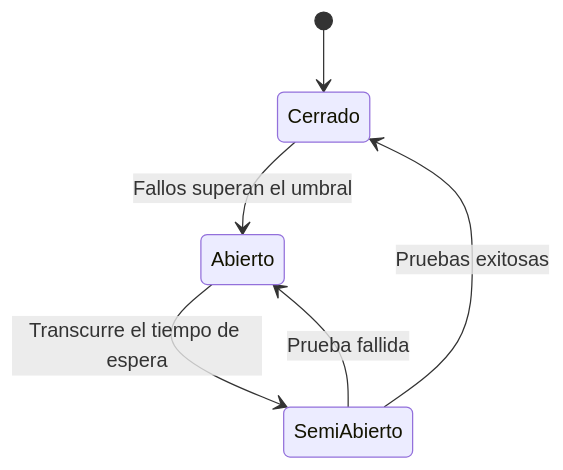
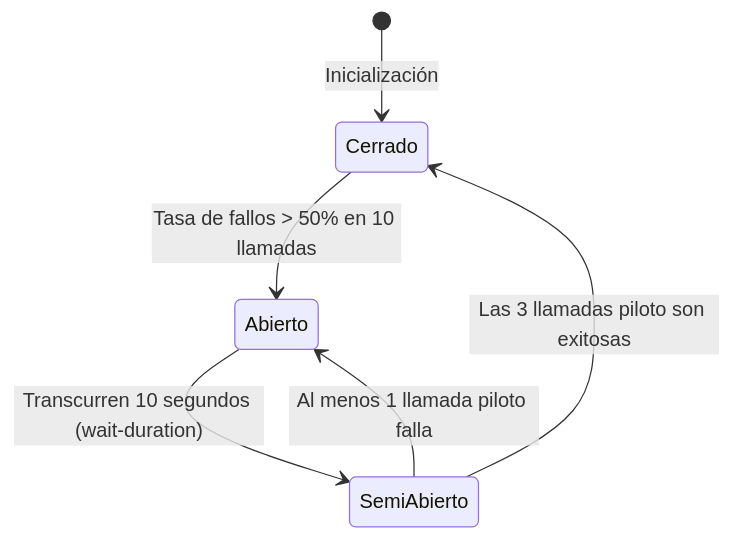
The third of 4 diagrams in docs/sesiones/S06_Comunicacion_Sincrona_Resiliente.md (rbn-69-cod/MediZano_microservicios), drawn with Mermaid before and after one commit. The commit also changed other lines of this file and 3 other files, not shown here.

Commit message:
docs: enhance S06 with resilient feign diagrams, screenshots, and corrections

````diff
--- a/docs/sesiones/S06_Comunicacion_Sincrona_Resiliente.md
+++ b/docs/sesiones/S06_Comunicacion_Sincrona_Resiliente.md
@@ -96,8 +174,8 @@
 ```mermaid
 stateDiagram-v2
-    [*] --> Cerrado
-    Cerrado --> Abierto: Fallos superan el umbral
-    Abierto --> SemiAbierto: Transcurre el tiempo de espera
-    SemiAbierto --> Cerrado: Pruebas exitosas
-    SemiAbierto --> Abierto: Prueba fallida
+    [*] --> Cerrado: Inicialización
+    Cerrado --> Abierto: Tasa de fallos > 50% en 10 llamadas
+    Abierto --> SemiAbierto: Transcurren 10 segundos (wait-duration)
+    SemiAbierto --> Cerrado: Las 3 llamadas piloto son exitosas
+    SemiAbierto --> Abierto: Al menos 1 llamada piloto falla
 ```
````
